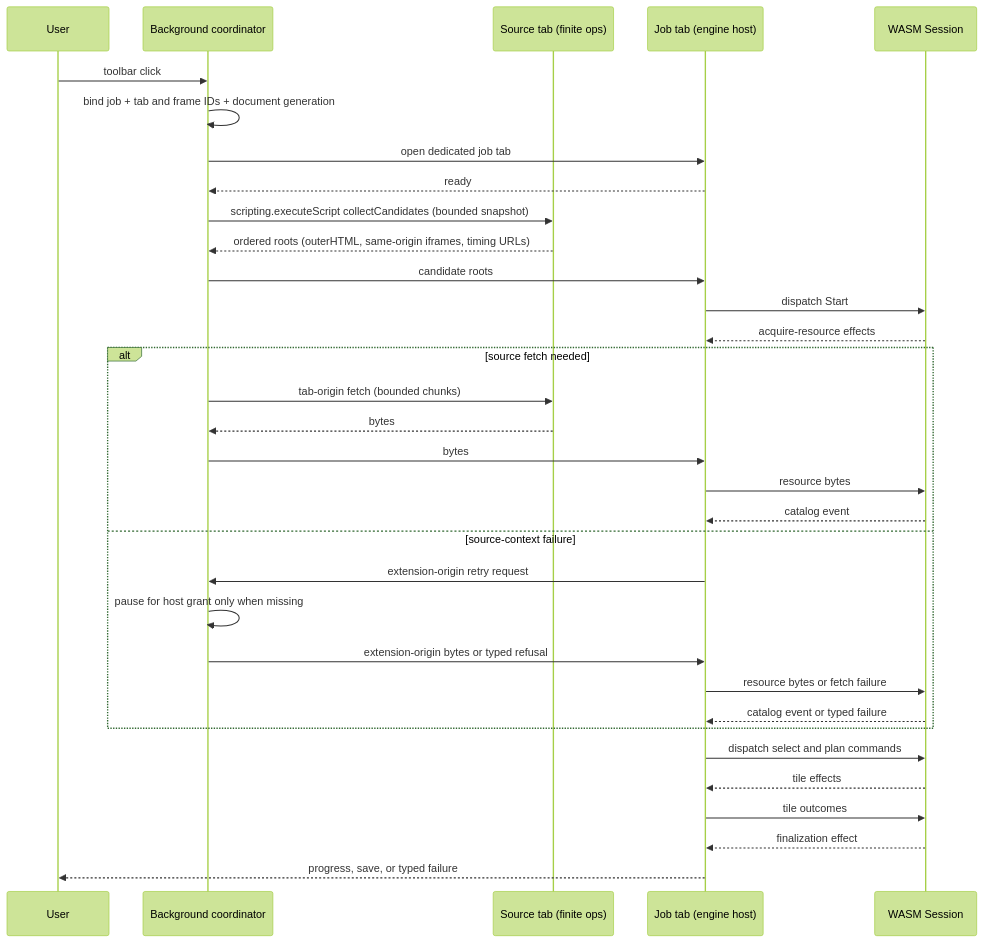
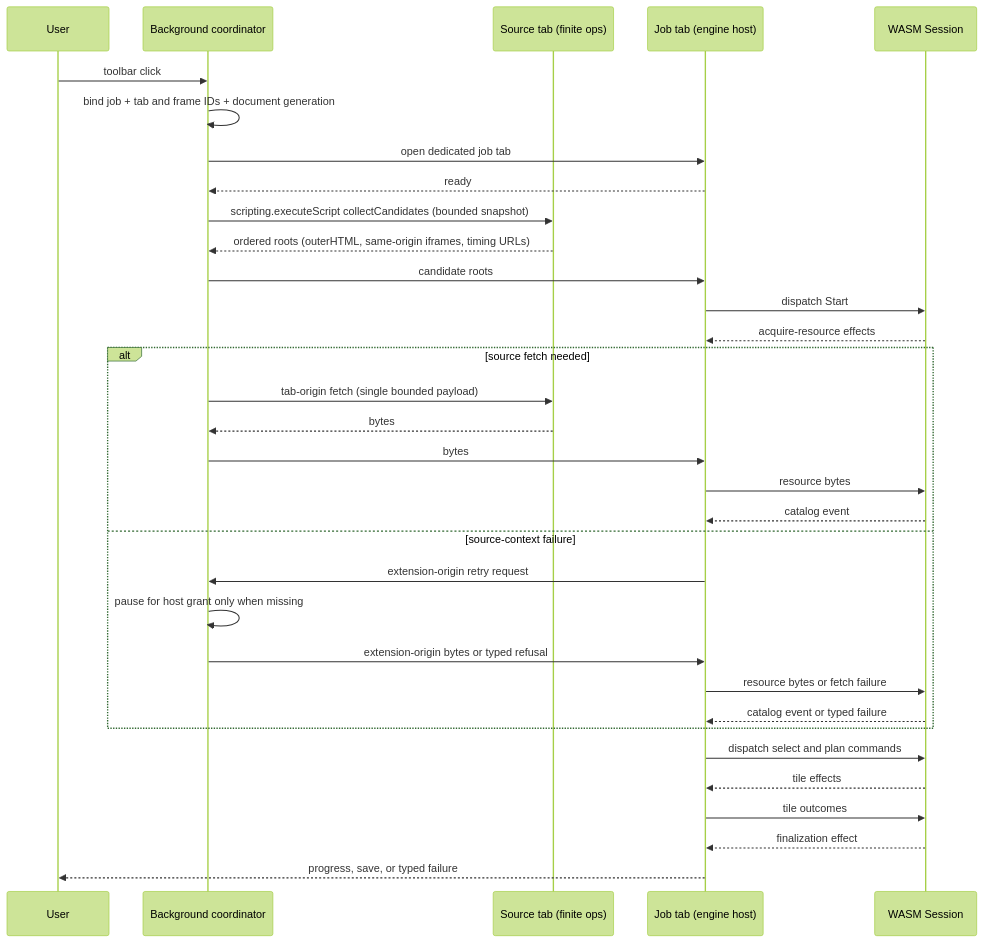
Before and after one commit to lovasoa/dezoomify: the diagram in docs/extension.md, drawn with Mermaid (forest theme). The commit also changed 19 other files, not shown here.

First line of the commit message:
fix(extension): prefer the monitored tab's origin for site tiles and probes (#1094)

````diff
--- a/docs/extension.md
+++ b/docs/extension.md
@@ -51,35 +51,35 @@
 ```mermaid
 sequenceDiagram
     participant U as User
     participant B as Background coordinator
     participant S as Source tab (finite ops)
     participant J as Job tab (engine host)
     participant W as WASM Session
     U->>B: toolbar click
     B->>B: bind job + tab and frame IDs + document generation
     B->>J: open dedicated job tab
     J-->>B: ready
     B->>S: scripting.executeScript collectCandidates (bounded snapshot)
     S-->>B: ordered roots (outerHTML, same-origin iframes, timing URLs)
     B->>J: candidate roots
     J->>W: dispatch Start
     W-->>J: acquire-resource effects
     alt source fetch needed
-        B->>S: tab-origin fetch (bounded chunks)
+        B->>S: tab-origin fetch (single bounded payload)
         S-->>B: bytes
         B->>J: bytes
         J->>W: resource bytes
         W-->>J: catalog event
     else source-context failure
         J->>B: extension-origin retry request
         B->>B: pause for host grant only when missing
         B->>J: extension-origin bytes or typed refusal
         J->>W: resource bytes or fetch failure
         W-->>J: catalog event or typed failure
     end
     J->>W: dispatch select and plan commands
     W-->>J: tile effects
     J->>W: tile outcomes
     W-->>J: finalization effect
     J-->>U: progress, save, or typed failure
 ```
````
